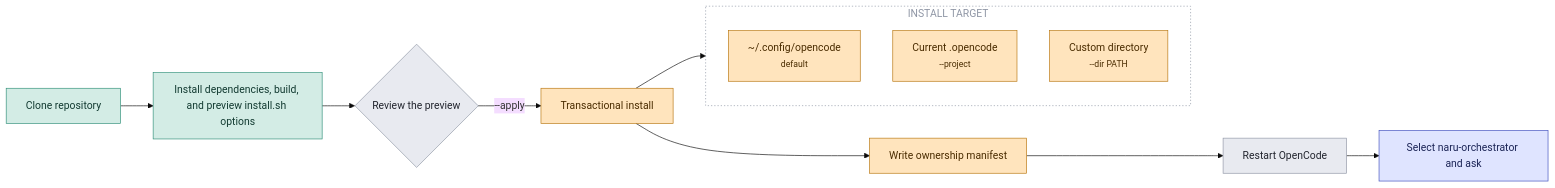
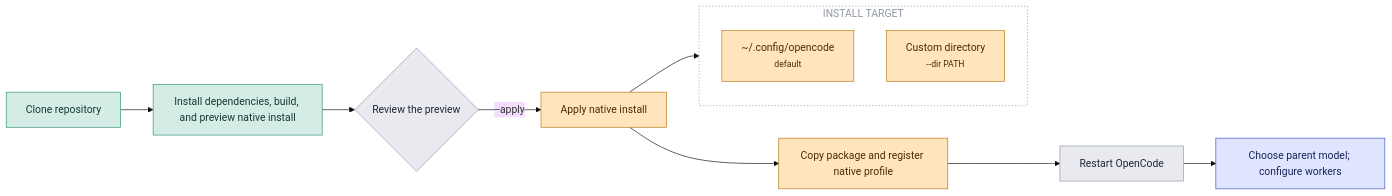
One commit to sean35mm/naru-opencode changed the diagram in docs/src/content/docs/getting-started/installation.md. Above: the diagram before and after it, drawn with Mermaid (base theme). The commit also changed other lines of this file and 24 other files, not shown here.

Commit message:
feat: make native OpenCode v2 the default Naru install

````diff
--- a/docs/src/content/docs/getting-started/installation.md
+++ b/docs/src/content/docs/getting-started/installation.md
@@ -47,29 +48,28 @@
 ```mermaid
 flowchart LR
   A["Clone repository"]:::read
-  B["Install dependencies, build, and preview install.sh options"]:::read
+  B["Install dependencies, build, and preview native install"]:::read
   C{"Review the preview"}:::gate
-  D["Transactional install"]:::write
-  I["Write ownership manifest"]:::write
+  D["Apply native install"]:::write
+  I["Copy package and register native profile"]:::write
   J["Restart OpenCode"]:::gate
-  K["Select naru-orchestrator and ask"]:::entry
+  K["Choose parent model; configure workers"]:::entry
 
   subgraph targets["INSTALL TARGET"]
     direction TB
     F["~/.config/opencode<br/><small>default</small>"]:::write
-    G["Current .opencode<br/><small>--project</small>"]:::write
     H["Custom directory<br/><small>--dir PATH</small>"]:::write
   end
 
   A --> B --> C
   C -->|"--apply"| D
   D --> targets
   D --> I --> J --> K
 
   style targets fill:none,stroke:#8f96a5,stroke-dasharray:2 3,color:#8f96a5
 
   classDef entry fill:#dfe4ff,stroke:#3f4fbe,color:#1b2456
   classDef read fill:#d3ece5,stroke:#2f8f78,color:#123a31
   classDef write fill:#ffe4bd,stroke:#b8760f,color:#4a2c00
   classDef gate fill:#e8eaf0,stroke:#8f96a5,color:#22252e
 ```
````
